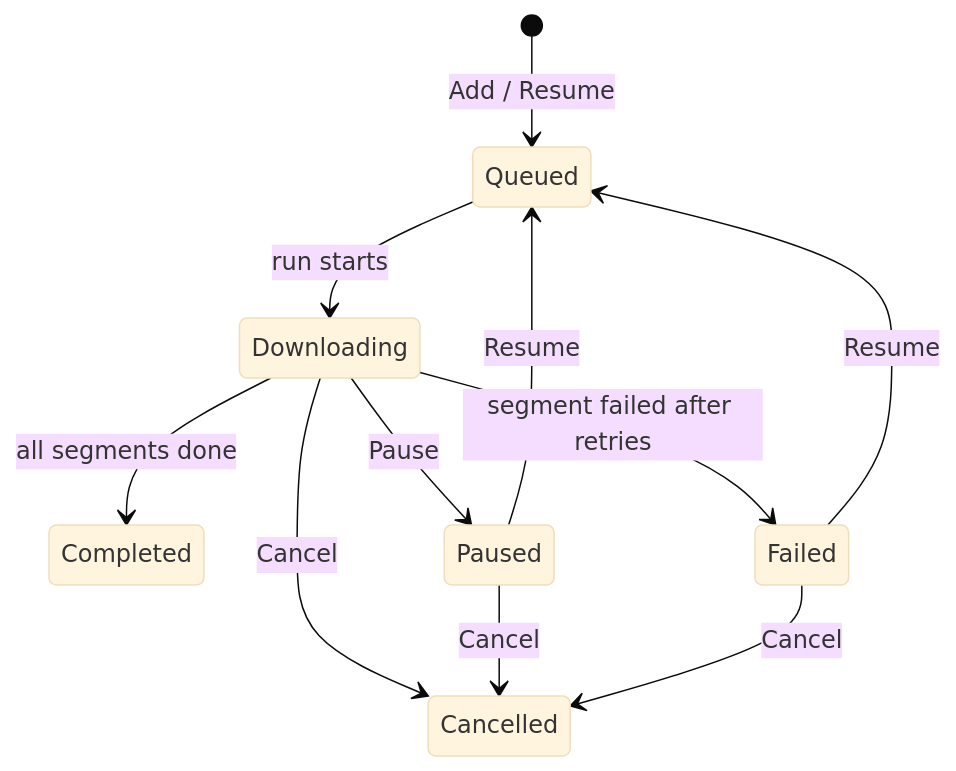
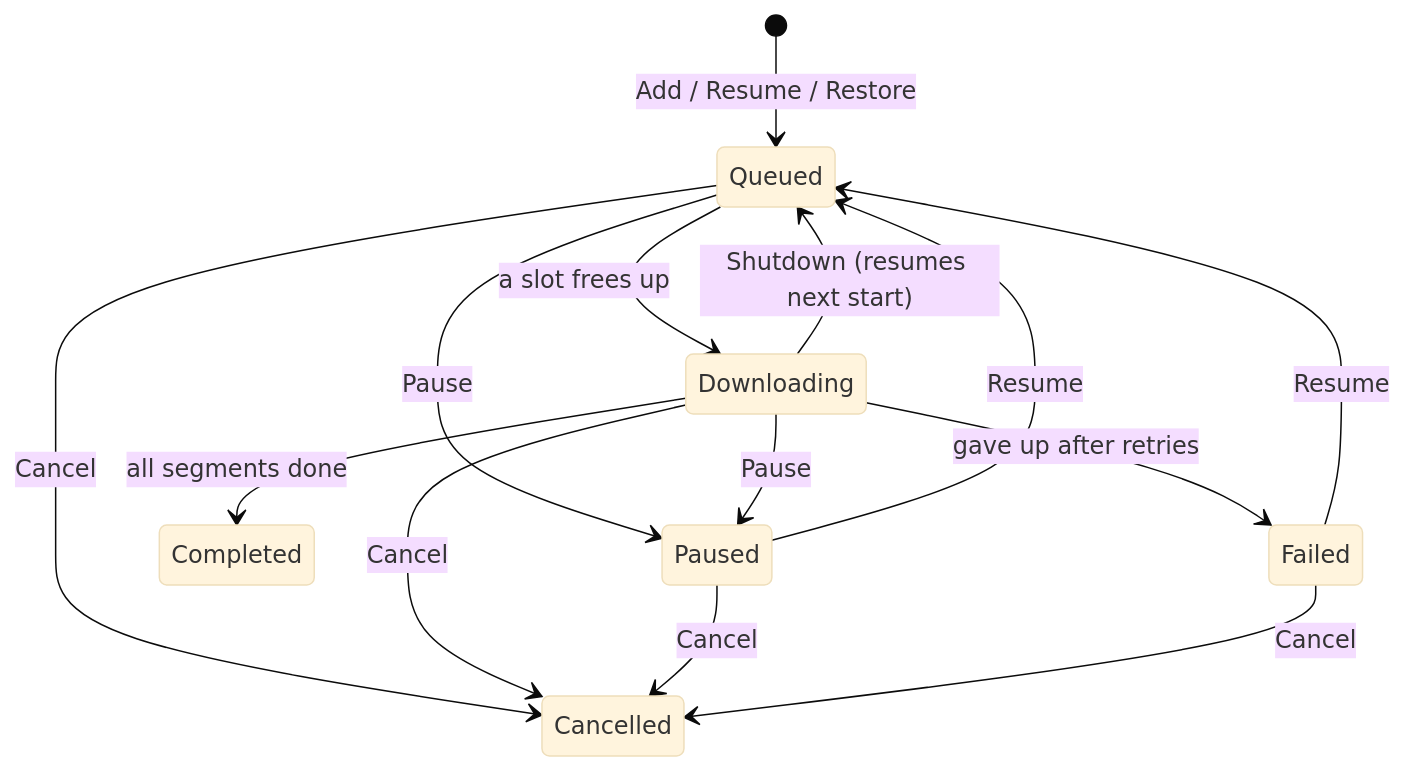
One commit to Parth2500/Sleipnir changed the third of 3 diagrams in docs/ARCHITECTURE.md. Above: the diagram before and after it, drawn with Mermaid (base theme). The commit also changed other lines of this file and 29 other files, not shown here.

First line of the commit message:
Phase 1: resume after restart, queue, speed/ETA, robust networking

````diff
--- a/docs/ARCHITECTURE.md
+++ b/docs/ARCHITECTURE.md
@@ -137,13 +218,16 @@
 ```mermaid
 stateDiagram-v2
-    [*] --> Queued: Add / Resume
-    Queued --> Downloading: run starts
+    [*] --> Queued: Add / Resume / Restore
+    Queued --> Downloading: a slot frees up
+    Queued --> Paused: Pause
+    Queued --> Cancelled: Cancel
     Downloading --> Completed: all segments done
     Downloading --> Paused: Pause
-    Downloading --> Failed: segment failed after retries
+    Downloading --> Failed: gave up after retries
     Downloading --> Cancelled: Cancel
+    Downloading --> Queued: Shutdown (resumes next start)
     Paused --> Queued: Resume
     Failed --> Queued: Resume
     Paused --> Cancelled: Cancel
     Failed --> Cancelled: Cancel
 ```
````
